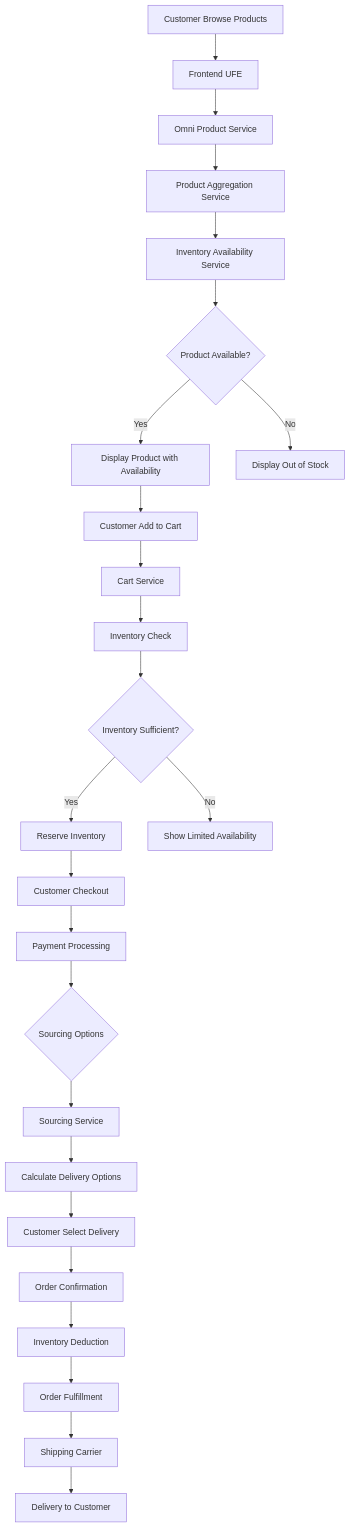
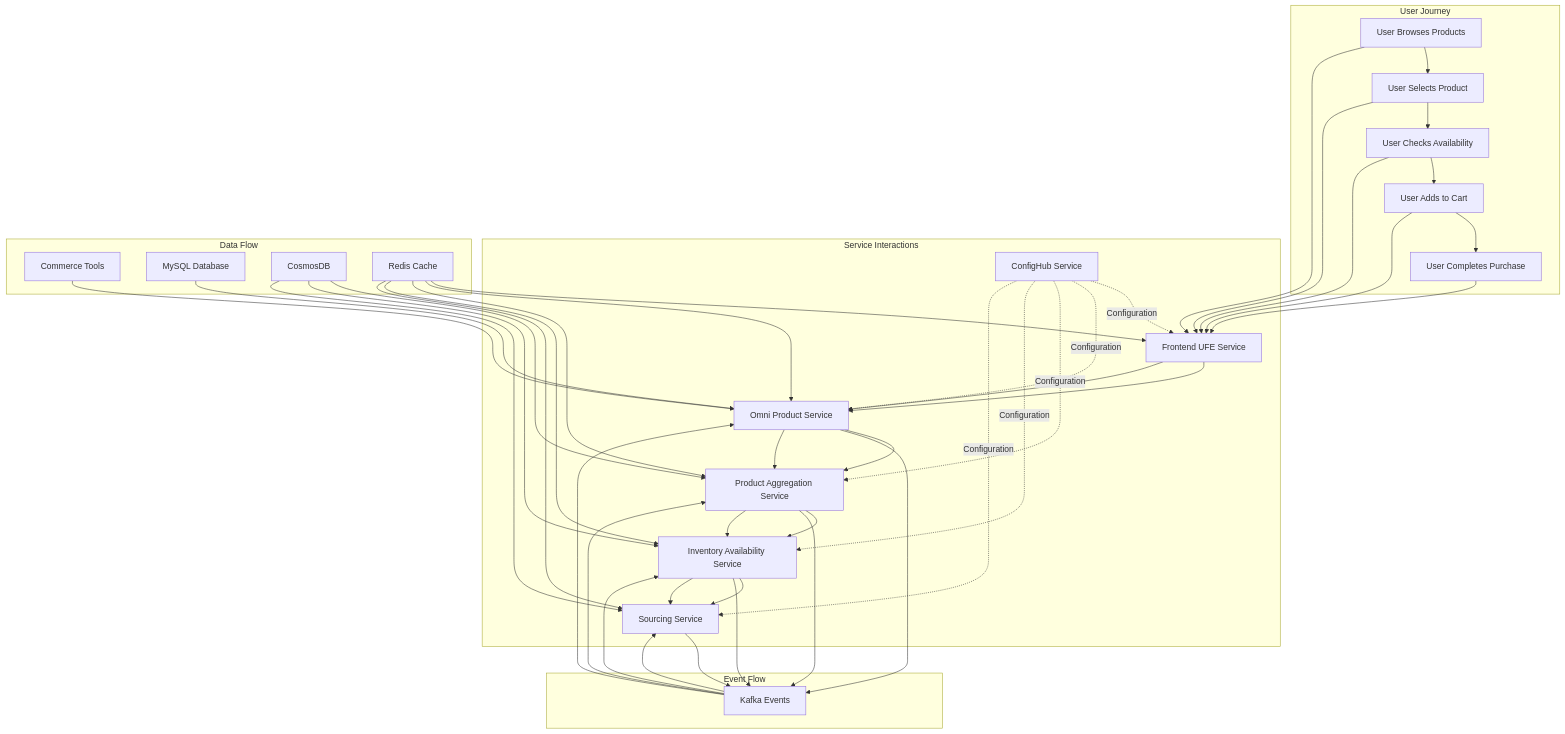
Before and after one commit to aahmadseph/SST-Phase-2: the eighth of 9 diagrams in generated-docs/overall-architecture.md, drawn with Mermaid. The commit also changed other lines of this file and 13 other files, not shown here.

````diff
--- a/generated-docs/overall-architecture.md
+++ b/generated-docs/overall-architecture.md
@@ -1284,34 +897,56 @@
 ```mermaid
 flowchart TD
-    A[Customer Browse Products] --> B[Frontend UFE]
-    B --> C[Omni Product Service]
-    C --> D[Product Aggregation Service]
-    D --> E[Inventory Availability Service]
+    subgraph "User Journey"
+        A[User Browses Products] --> B[User Selects Product]
+        B --> C[User Checks Availability]
+        C --> D[User Adds to Cart]
+        D --> E[User Completes Purchase]
+    end
     
-    E --> F{Product Available?}
-    F -->|Yes| G[Display Product with Availability]
-    F -->|No| H[Display Out of Stock]
+    subgraph "Service Interactions"
+        F[Frontend UFE Service] --> G[Omni Product Service]
+        G --> H[Product Aggregation Service]
+        H --> I[Inventory Availability Service]
+        I --> J[Sourcing Service]
+        K[ConfigHub Service] -.->|Configuration| F
+        K -.->|Configuration| G
+        K -.->|Configuration| H
+        K -.->|Configuration| I
+        K -.->|Configuration| J
+    end
     
-    G --> I[Customer Add to Cart]
-    I --> J[Cart Service]
-    J --> K[Inventory Check]
-    K --> L{Inventory Sufficient?}
+    subgraph "Data Flow"
+        L[Commerce Tools] --> G
+        M[MySQL Database] --> G
+        N[CosmosDB] --> H
+        N --> I
+        N --> J
+        O[Redis Cache] --> F
+        O --> G
+        O --> H
+        O --> I
+        O --> J
+    end
     
-    L -->|Yes| M[Reserve Inventory]
-    L -->|No| N[Show Limited Availability]
+    subgraph "Event Flow"
+        P[Kafka Events] --> G
+        P --> H
+        P --> I
+        P --> J
+        G --> P
+        H --> P
+        I --> P
+        J --> P
+    end
     
-    M --> O[Customer Checkout]
-    O --> P[Payment Processing]
-    P --> Q{Sourcing Options}
+    A --> F
+    B --> F
+    C --> F
+    D --> F
+    E --> F
     
-    Q --> R[Sourcing Service]
-    R --> S[Calculate Delivery Options]
-    S --> T[Customer Select Delivery]
-    
-    T --> U[Order Confirmation]
-    U --> V[Inventory Deduction]
-    V --> W[Order Fulfillment]
-    
-    W --> X[Shipping Carrier]
-    X --> Y[Delivery to Customer]
+    F --> G
+    G --> H
+    H --> I
+    I --> J
 ```
````
